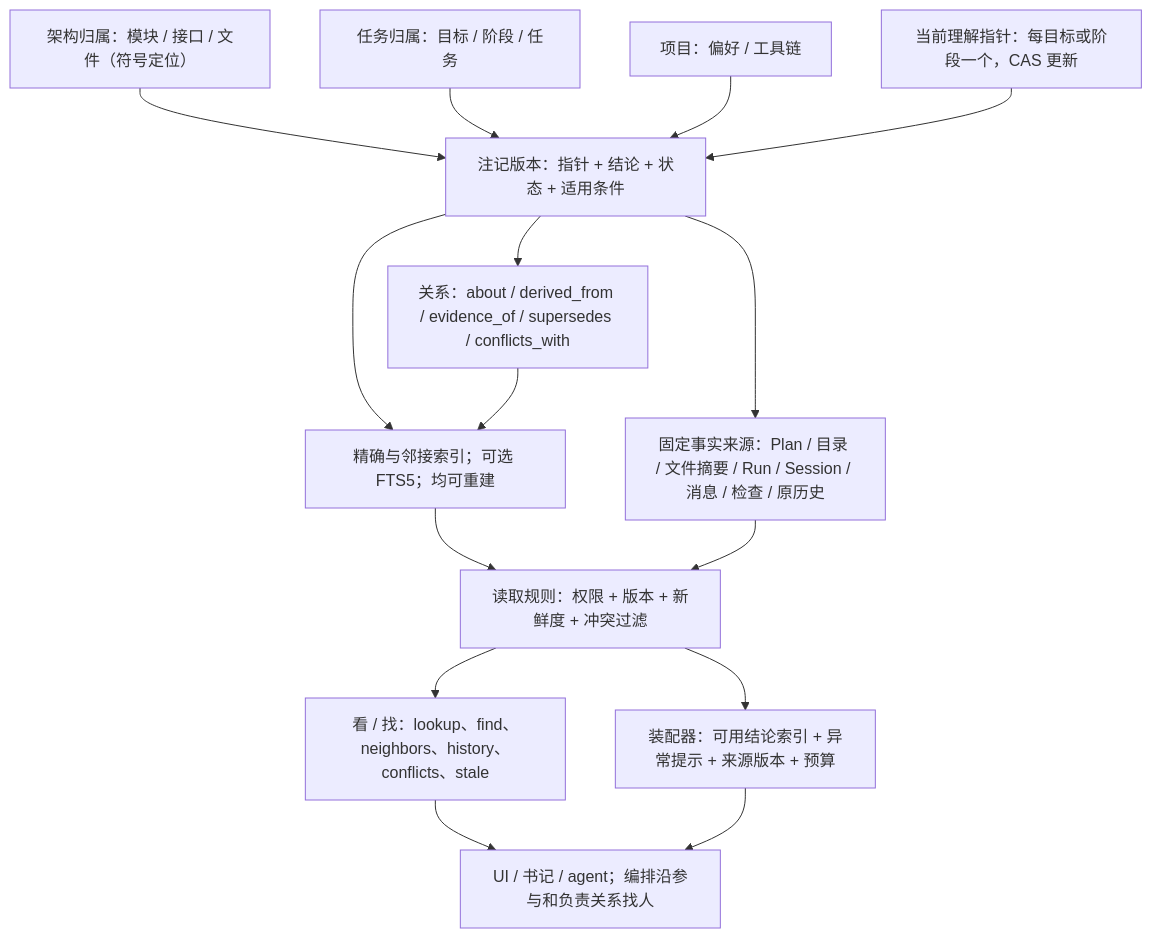
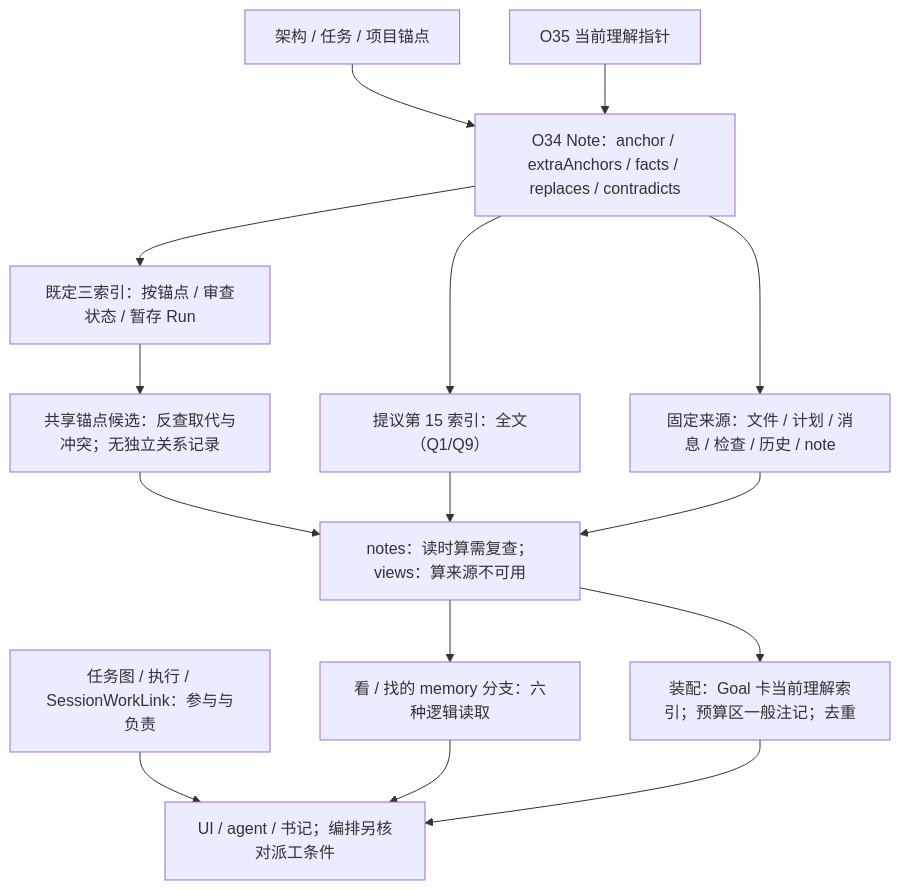
One commit to hk865/coding-platform changed the diagram in docs/refactor/design/orchestration-2026-10/MEMORY-LOOKUP.md. Above: the diagram before and after it, drawn with Mermaid. The commit also changed other lines of this file and 1 other file, not shown here.

First line of the commit message:
docs: mark built vs not-yet-built and design-book agreement in the slices 2/4/6/7 answers and the memory lookup note

```diff
--- a/docs/refactor/design/orchestration-2026-10/MEMORY-LOOKUP.md
+++ b/docs/refactor/design/orchestration-2026-10/MEMORY-LOOKUP.md
@@ -336,29 +283,29 @@
 ~~~mermaid
 flowchart TB
-  A["架构归属：模块 / 接口 / 文件（符号定位）"]
-  T["任务归属：目标 / 阶段 / 任务"]
-  P["项目：偏好 / 工具链"]
-  N["注记版本：指针 + 结论 + 状态 + 适用条件"]
-  C["当前理解指针：每目标或阶段一个，CAS 更新"]
-  E["固定事实来源：Plan / 目录 / 文件摘要 / Run / Session / 消息 / 检查 / 原历史"]
-  R["关系：about / derived_from / evidence_of / supersedes / conflicts_with"]
-  I["精确与邻接索引；可选 FTS5；均可重建"]
-  V["读取规则：权限 + 版本 + 新鲜度 + 冲突过滤"]
-  Q["看 / 找：lookup、find、neighbors、history、conflicts、stale"]
-  X["装配器：可用结论索引 + 异常提示 + 来源版本 + 预算"]
-  U["UI / 书记 / agent；编排沿参与和负责关系找人"]
+  A["架构 / 任务 / 项目锚点"]
+  N["O34 Note：anchor / extraAnchors / facts / replaces / contradicts"]
+  C["O35 当前理解指针"]
+  E["固定来源：文件 / 计划 / 消息 / 检查 / 历史 / note"]
+  I["既定三索引：按锚点 / 审查状态 / 暂存 Run"]
+  F["提议第 15 索引：全文（Q1/Q9）"]
+  R["共享锚点候选：反查取代与冲突；无独立关系记录"]
+  V["notes：读时算需复查；views：算来源不可用"]
+  Q["看 / 找的 memory 分支：六种逻辑读取"]
+  X["装配：Goal 卡当前理解索引；预算区一般注记；去重"]
+  W["任务图 / 执行 / SessionWorkLink：参与与负责"]
+  U["UI / agent / 书记；编排另核对派工条件"]
   A --> N
-  T --> N
-  P --> N
   C --> N
   N --> E
-  N --> R
   N --> I
-  R --> I
-  I --> V
+  N --> F
+  I --> R
+  R --> V
+  F --> V
   E --> V
   V --> Q
   V --> X
+  W --> U
   Q --> U
   X --> U
 ~~~
```
